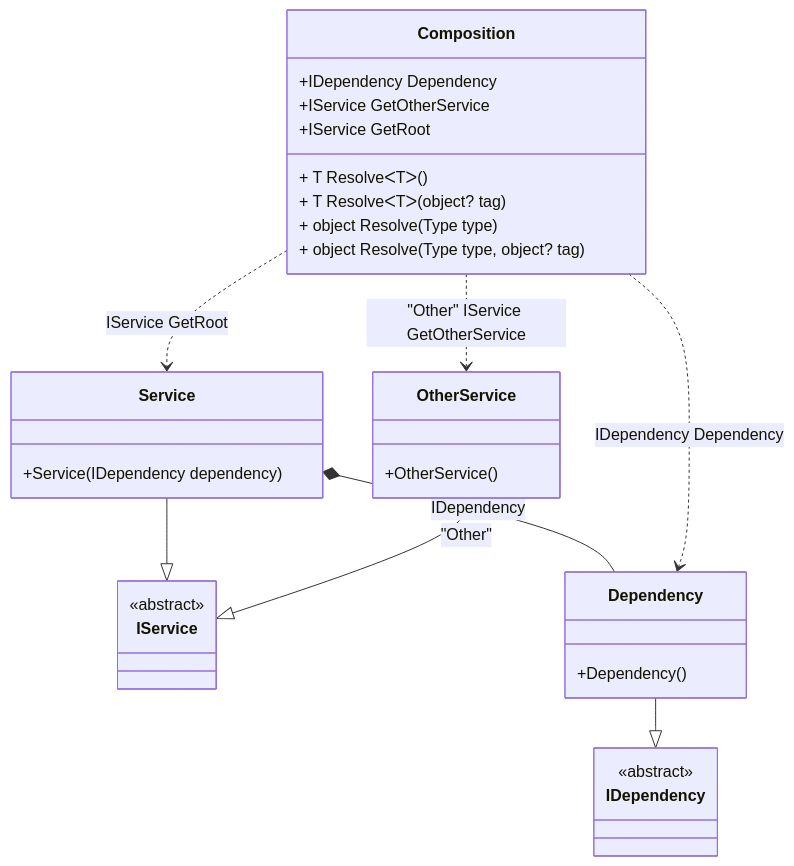
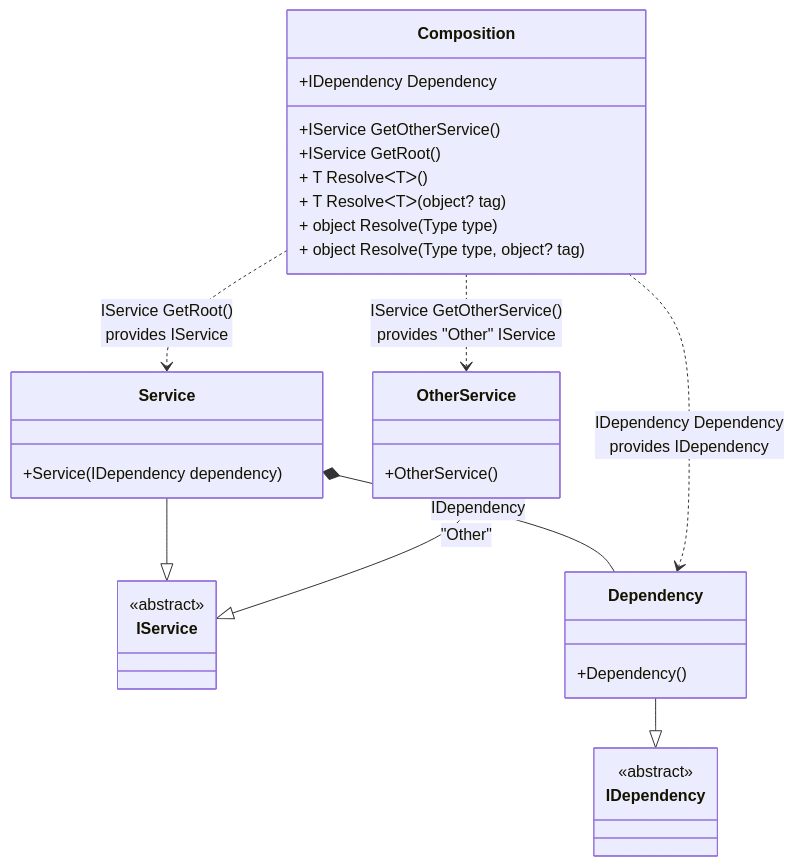
One commit to DevTeam/Pure.DI changed the diagram in readme/composition-root-kinds.md. Above: the diagram before and after it, drawn with Mermaid. The commit also changed other lines of this file and 73 other files, not shown here.

````diff
--- a/readme/composition-root-kinds.md
+++ b/readme/composition-root-kinds.md
@@ -47,34 +47,34 @@
 ```mermaid
 classDiagram
   class Composition {
     +IDependency Dependency
-    +IService GetOtherService
-    +IService GetRoot
+    +IService GetOtherService()
+    +IService GetRoot()
     + T ResolveᐸTᐳ()
     + T ResolveᐸTᐳ(object? tag)
     + object Resolve(Type type)
     + object Resolve(Type type, object? tag)
   }
   Service --|> IService : 
   class Service {
     +Service(IDependency dependency)
   }
   OtherService --|> IService : "Other" 
   class OtherService {
     +OtherService()
   }
   Dependency --|> IDependency : 
   class Dependency {
     +Dependency()
   }
   class IService {
     <<abstract>>
   }
   class IDependency {
     <<abstract>>
   }
   Service *--  Dependency : IDependency
-  Composition ..> Service : IService GetRoot
-  Composition ..> OtherService : "Other" IService GetOtherService
-  Composition ..> Dependency : IDependency Dependency
+  Composition ..> Service : IService GetRoot()<br/>provides IService
+  Composition ..> OtherService : IService GetOtherService()<br/>provides "Other" IService
+  Composition ..> Dependency : IDependency Dependency<br/>provides IDependency
 ```
````
